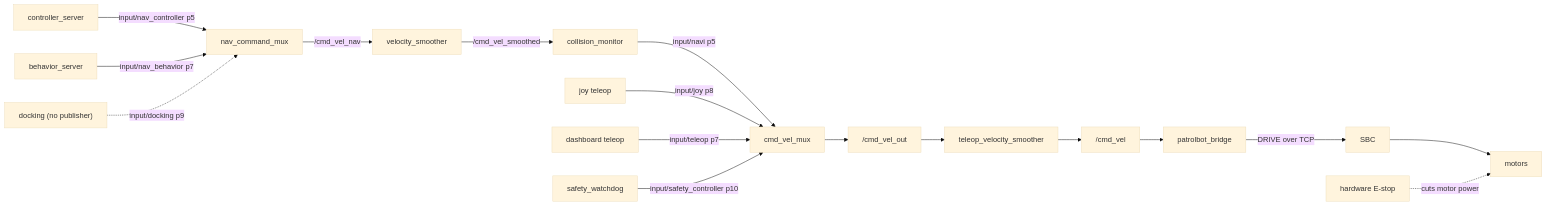
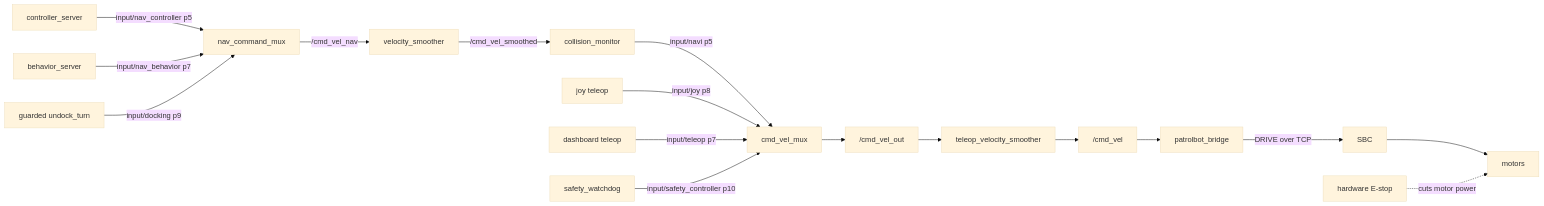
One commit to cmu-impactlab/patrolbot changed the diagram in docs/safety/safety-chain.md. Above: the diagram before and after it, drawn with Mermaid (base theme). The commit also changed other lines of this file and 27 other files, not shown here.

````diff
--- a/docs/safety/safety-chain.md
+++ b/docs/safety/safety-chain.md
@@ -18,19 +18,19 @@
 ```mermaid
 flowchart LR
     CTRL["controller_server"] -->|input/nav_controller p5| NMUX["nav_command_mux"]
     BEH["behavior_server"] -->|input/nav_behavior p7| NMUX
-    DOCK["docking (no publisher)"] -.->|input/docking p9| NMUX
+    DOCK["guarded undock_turn"] -->|input/docking p9| NMUX
     NMUX -->|/cmd_vel_nav| VS["velocity_smoother"]
     VS -->|/cmd_vel_smoothed| CM["collision_monitor"]
     CM -->|input/navi p5| MUX["cmd_vel_mux"]
     JOY["joy teleop"] -->|input/joy p8| MUX
     TEL["dashboard teleop"] -->|input/teleop p7| MUX
     WD["safety_watchdog"] -->|input/safety_controller p10| MUX
     MUX --> OUT["/cmd_vel_out"]
     OUT --> TS["teleop_velocity_smoother"]
     TS --> CV["/cmd_vel"]
     CV --> BR["patrolbot_bridge"]
     BR -->|"DRIVE over TCP"| SBC["SBC"]
     SBC --> M["motors"]
     ESTOP["hardware E-stop"] -.->|"cuts motor power"| M
 ```
````
